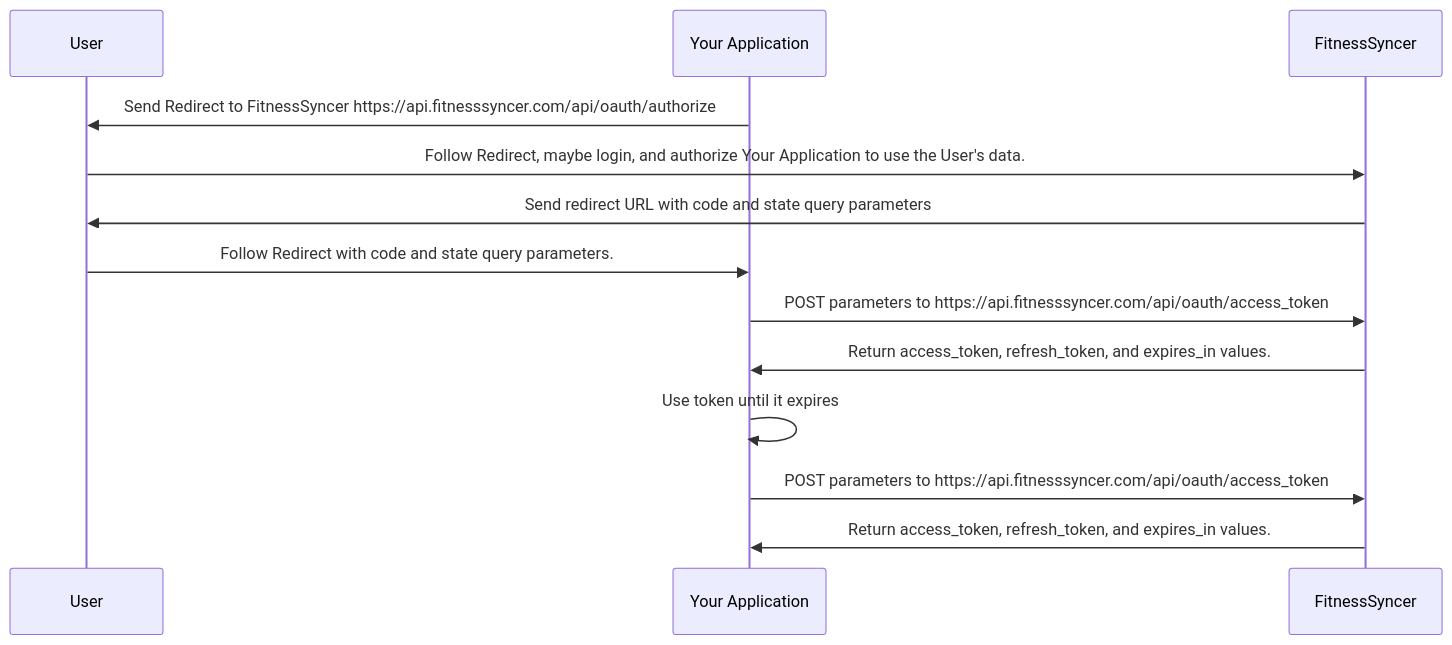
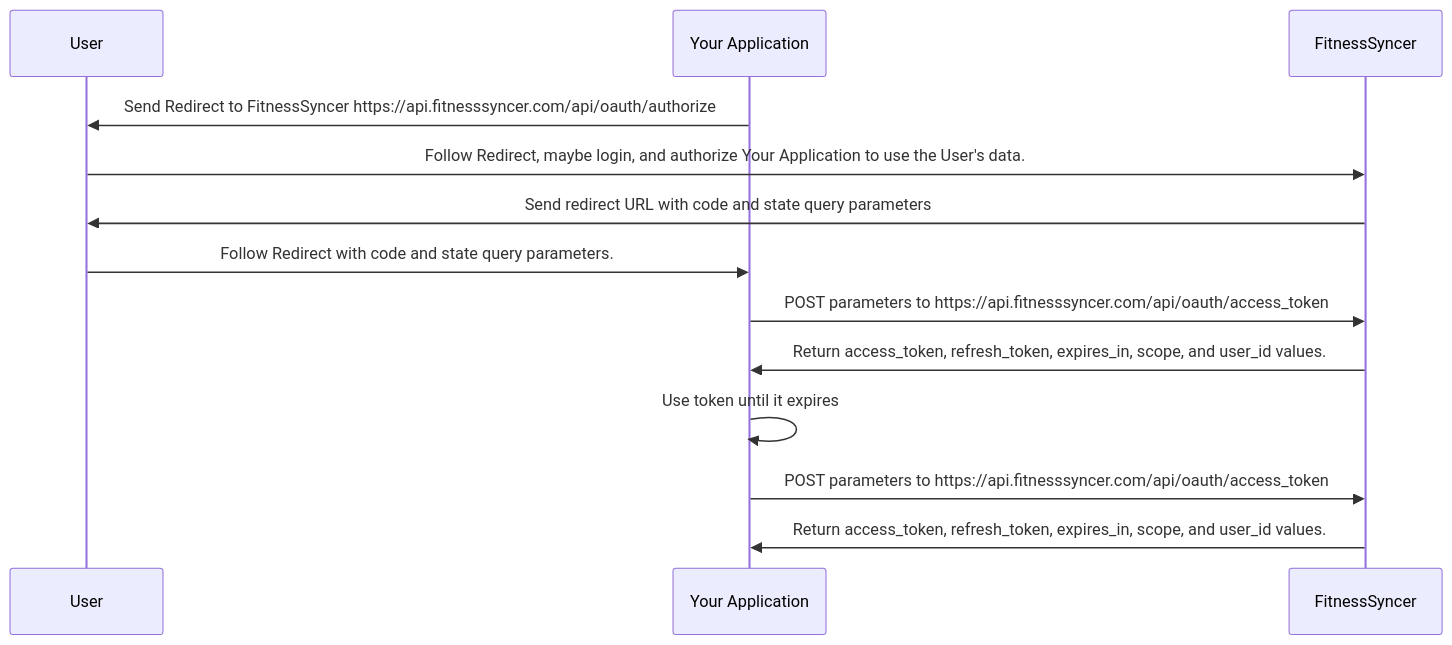
Before and after one commit to FitnessSyncer/FitnessSyncerAPI: the first of 5 diagrams in README.md, drawn with Mermaid. The commit also changed 1 other file, not shown here.

Commit message:
Documenting the scope and user_id fields on the token exchange payload.

````diff
--- a/README.md
+++ b/README.md
@@ -27,18 +27,18 @@
 ```mermaid
 sequenceDiagram
   participant User
   participant Your Application
   participant FitnessSyncer
   %% https://www.fitnesssyncer.com/api/documentation.html#authorize
   Your Application->>User: Send Redirect to FitnessSyncer https://api.fitnesssyncer.com/api/oauth/authorize
   User->>FitnessSyncer: Follow Redirect, maybe login, and authorize Your Application to use the User's data.
   FitnessSyncer->>User: Send redirect URL with code and state query parameters
   User->>Your Application: Follow Redirect with code and state query parameters.
   %% https://www.fitnesssyncer.com/api/documentation.html#accessing_token
   Your Application->>FitnessSyncer: POST parameters to https://api.fitnesssyncer.com/api/oauth/access_token
-  FitnessSyncer->>Your Application: Return access_token, refresh_token, and expires_in values.
+  FitnessSyncer->>Your Application: Return access_token, refresh_token, expires_in, scope, and user_id values.
   Your Application->>Your Application: Use token until it expires
   %% https://www.fitnesssyncer.com/api/documentation.html#refreshing_token
   Your Application->>FitnessSyncer: POST parameters to https://api.fitnesssyncer.com/api/oauth/access_token
-  FitnessSyncer->>Your Application: Return access_token, refresh_token, and expires_in values.
+  FitnessSyncer->>Your Application: Return access_token, refresh_token, expires_in, scope, and user_id values.
 ```
````
